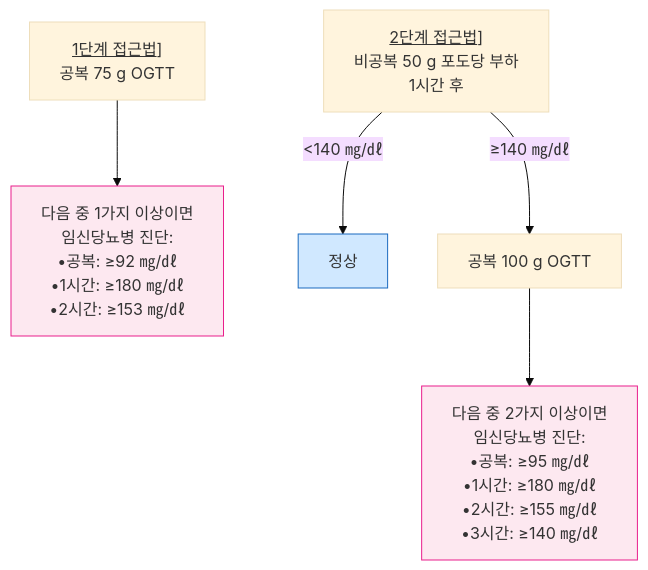
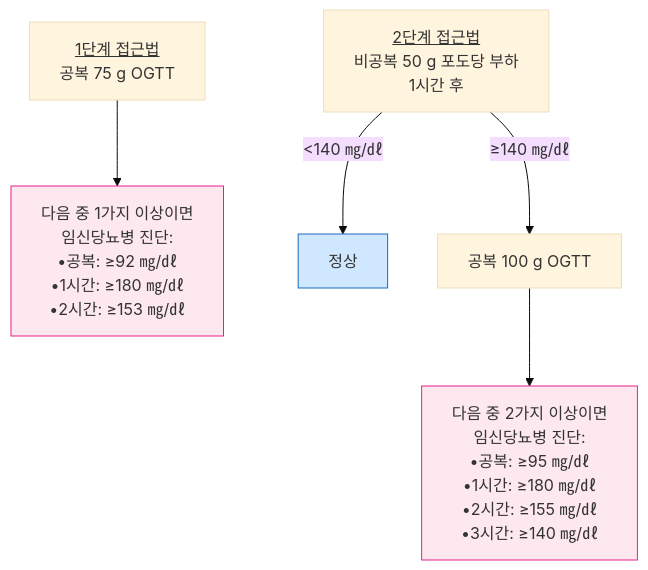
Before and after one commit to familyoh77/familyoh77: the fourth of 4 diagrams in 226_/100_-diabetes-mellitus.md, drawn with Mermaid (base theme). The commit also changed other lines of this file and 5 other files, not shown here.

````diff
--- a/226_/100_-diabetes-mellitus.md
+++ b/226_/100_-diabetes-mellitus.md
@@ -751,14 +752,14 @@
 ```mermaid
 graph TD
-    A["<u>1단계 접근법</u>]<br/>공복 75 g OGTT"]
+    A["<u>1단계 접근법</u><br/>공복 75 g OGTT"]
     A --> F["다음 중 1가지 이상이면<br/>임신당뇨병 진단:<br/>•공복: ≥92 ㎎/㎗<br/>•1시간: ≥180 ㎎/㎗<br/>•2시간: ≥153 ㎎/㎗"]
-    B["<u>2단계 접근법</u>]<br/>비공복 50 g 포도당 부하 <br/>1시간 후"]
+    B["<u>2단계 접근법</u><br/>비공복 50 g 포도당 부하 <br/>1시간 후"]
     B -->|"<140 ㎎/㎗"| D["정상"]
     B -->|"≥140 ㎎/㎗"| E["공복 100 g OGTT"]
     E --> G["다음 중 2가지 이상이면<br/>임신당뇨병 진단:<br/>•공복: ≥95 ㎎/㎗<br/>•1시간: ≥180 ㎎/㎗<br/>•2시간: ≥155 ㎎/㎗<br/>•3시간: ≥140 ㎎/㎗"]
     
 
 classDef pink fill:#fde8f0,stroke:#e91e8c
 class F,G pink
 style D fill:#d0e8ff,stroke:#1a6abf
 ```
````
